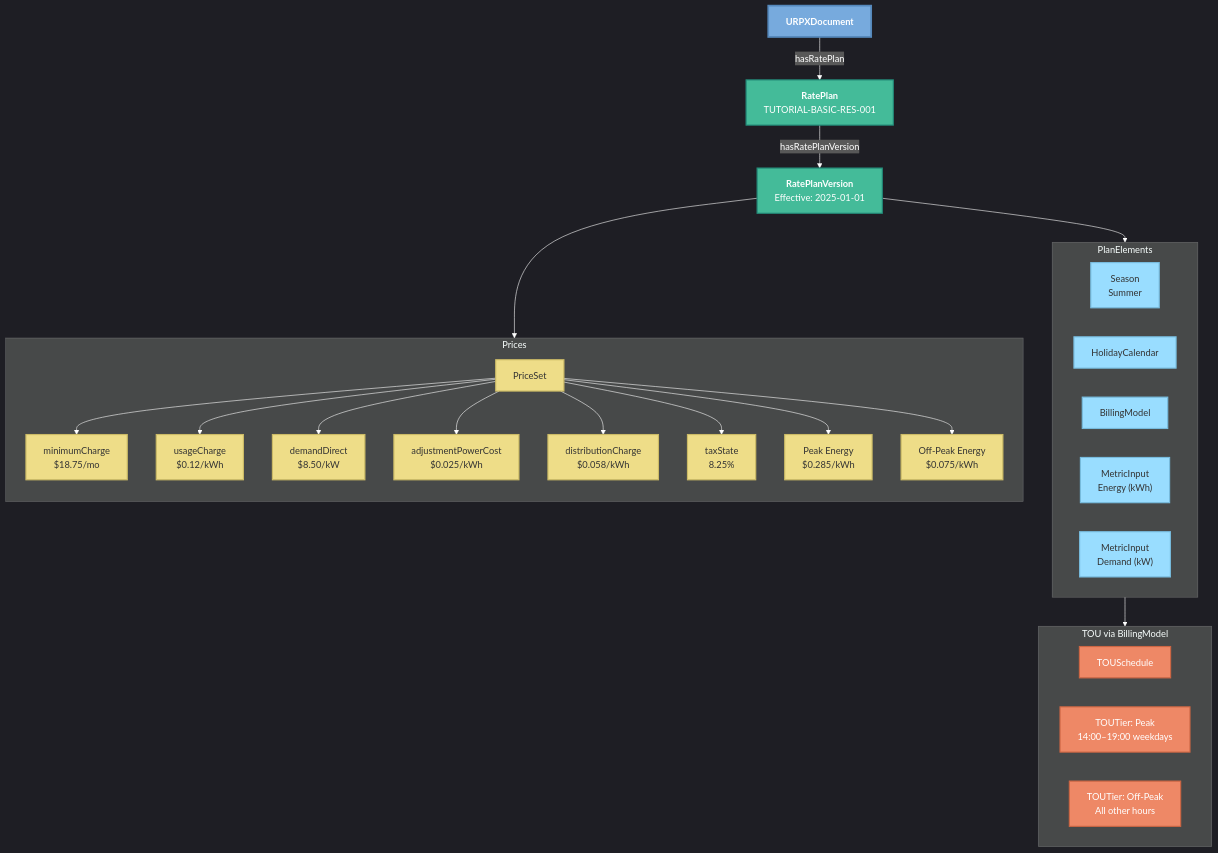
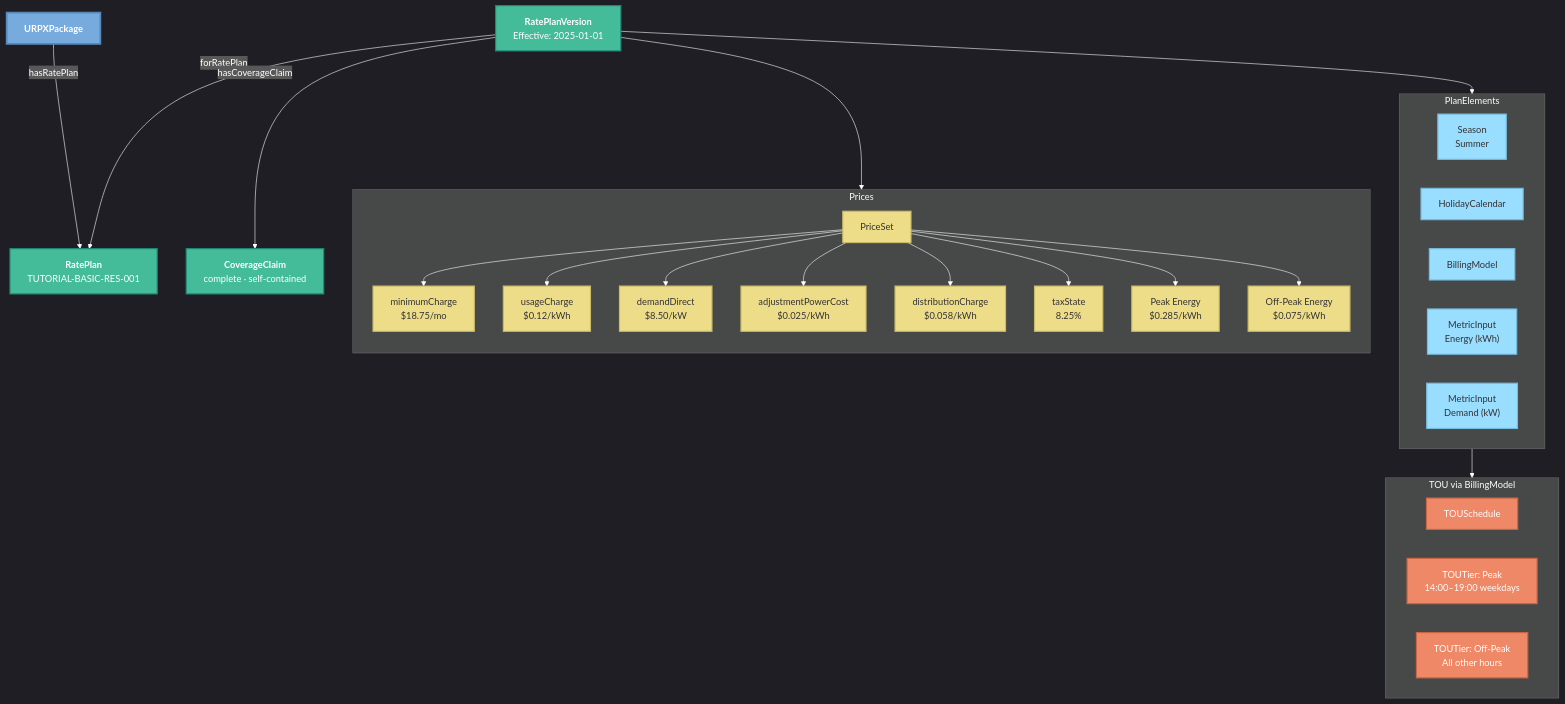
The fifth of 5 diagrams in documentation/pages/urpx-tutorial.md (urpx-org/urpx), drawn with Mermaid before and after one commit. The commit also changed other lines of this file and 18 other files, not shown here.

````diff
--- a/documentation/pages/urpx-tutorial.md
+++ b/documentation/pages/urpx-tutorial.md
@@ -735,56 +760,58 @@
 ```mermaid
 %%{init: {'theme':'dark', 'themeVariables': { 'darkMode':'true', 'background':'#000000', 'primaryColor':'#77AADD', 'primaryTextColor':'#ffffff', 'primaryBorderColor':'#5588BB', 'lineColor':'#ffffff', 'secondaryColor':'#44BB99', 'tertiaryColor':'#EE8866', 'textColor':'#ffffff', 'nodeTextColor':'#ffffff'}}}%%
 
 graph TB
-    Doc["<b>URPXDocument</b>"]
+    Doc["<b>URPXPackage</b>"]
     RP["<b>RatePlan</b><br/>TUTORIAL-BASIC-RES-001"]
     RPV["<b>RatePlanVersion</b><br/>Effective: 2025-01-01"]
+    CC["<b>CoverageClaim</b><br/>complete · self-contained"]
 
     subgraph Elements["PlanElements"]
         direction LR
         Season["Season<br/>Summer"]
         HC["HolidayCalendar"]
         BM["BillingModel"]
         MI1["MetricInput<br/>Energy (kWh)"]
         MI2["MetricInput<br/>Demand (kW)"]
     end
 
     subgraph TOU["TOU via BillingModel"]
         direction LR
         Sched["TOUSchedule"]
         Peak["TOUTier: Peak<br/>14:00–19:00 weekdays"]
         OffPeak["TOUTier: Off-Peak<br/>All other hours"]
     end
 
     subgraph Pricing["Prices"]
         direction TB
         PS["PriceSet"]
         P1["minimumCharge<br/>$18.75/mo"]
         P2["usageCharge<br/>$0.12/kWh"]
         P3["demandDirect<br/>$8.50/kW"]
         P4["adjustmentPowerCost<br/>$0.025/kWh"]
         P5["distributionCharge<br/>$0.058/kWh"]
         P6["taxState<br/>8.25%"]
         P7["Peak Energy<br/>$0.285/kWh"]
         P8["Off-Peak Energy<br/>$0.075/kWh"]
     end
 
     Doc -->|hasRatePlan| RP
-    RP -->|hasRatePlanVersion| RPV
+    RPV -->|forRatePlan| RP
+    RPV -->|hasCoverageClaim| CC
     RPV --> Elements
     RPV --> Pricing
     BM --> TOU
     PS --> P1 & P2 & P3 & P4 & P5 & P6 & P7 & P8
 
     classDef docClass fill:#77AADD,stroke:#5588BB,stroke-width:3px,color:#fff
     classDef planClass fill:#44BB99,stroke:#228877,stroke-width:2px,color:#fff
     classDef priceClass fill:#EEDD88,stroke:#CCBB66,stroke-width:2px,color:#333
     classDef touClass fill:#EE8866,stroke:#CC6644,stroke-width:2px,color:#fff
     classDef elemClass fill:#99DDFF,stroke:#77BBDD,stroke-width:2px,color:#333
 
     class Doc docClass
-    class RP,RPV planClass
+    class RP,RPV,CC planClass
     class Season,HC,BM,MI1,MI2 elemClass
     class Sched,Peak,OffPeak touClass
     class PS,P1,P2,P3,P4,P5,P6,P7,P8 priceClass
 ```
````
